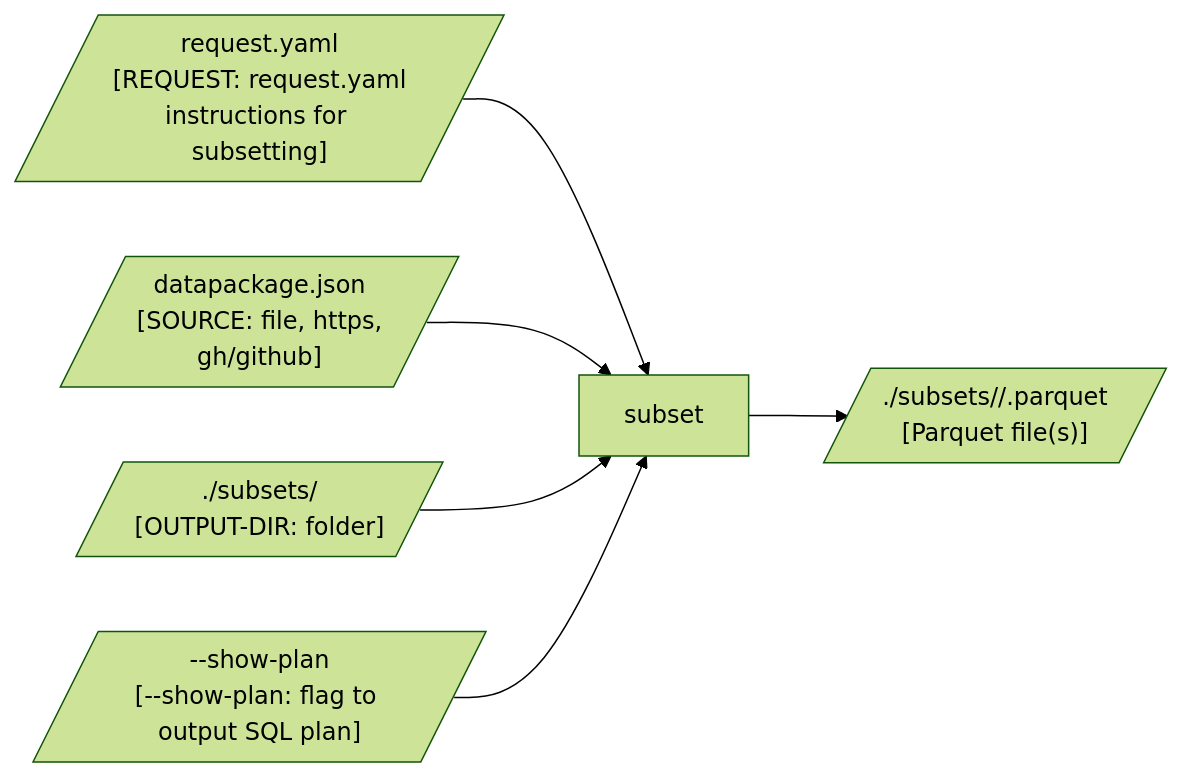
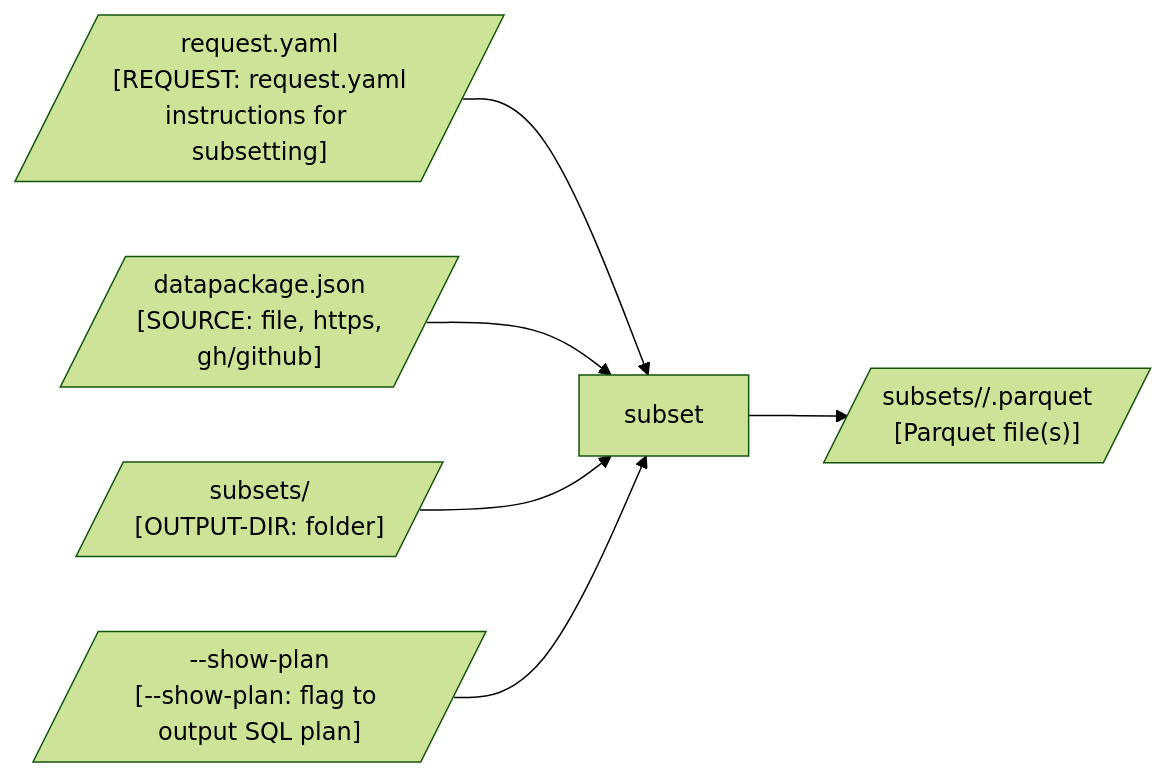
Before and after one commit to seedcase-project/seedcase-propagate: the second of 4 diagrams in docs/design/interface/cli.qmd, drawn with Mermaid (forest theme). The commit also changed other lines of this file, not shown here.

````diff
--- a/docs/design/interface/cli.qmd
+++ b/docs/design/interface/cli.qmd
@@ -146,22 +146,22 @@
 ```{mermaid}
 %%| label: fig-cli-subset-flow
 %%| fig-cap: "The flow of input and output through the CLI `subset` command."
 %%| fig-alt: >-
 %%|   Diagram showing the flow of input and output through the CLI `subset`
 %%|   command. The user provides the source of the metadata file, the request
 %%|   file, and output directory for the files.
 
 flowchart LR
     source[/"datapackage.json<br>[SOURCE: file, https,<br>gh/github]"/]
     subset["subset"]
     request[/"request.yaml<br>[REQUEST: request.yaml<br>instructions for subsetting]"/]
     show_plan[/"--show-plan<br>[--show-plan: flag to output SQL plan]"/]
-    output_dir[/"./subsets/<br>[OUTPUT-DIR: folder]"/]
-    output[/"./subsets/<project-name>/<resource-name>.parquet<br>[Parquet file(s)]"/]
+    output_dir[/"subsets/<br>[OUTPUT-DIR: folder]"/]
+    output[/"subsets/<project-name>/<resource-name>.parquet<br>[Parquet file(s)]"/]
 
     request --> subset
     source --> subset
     output_dir --> subset
     show_plan --> subset
     subset --> output
 ```
````
